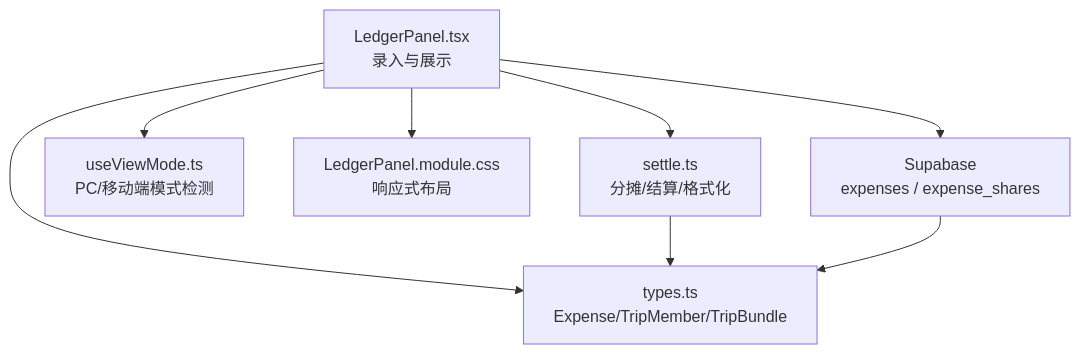
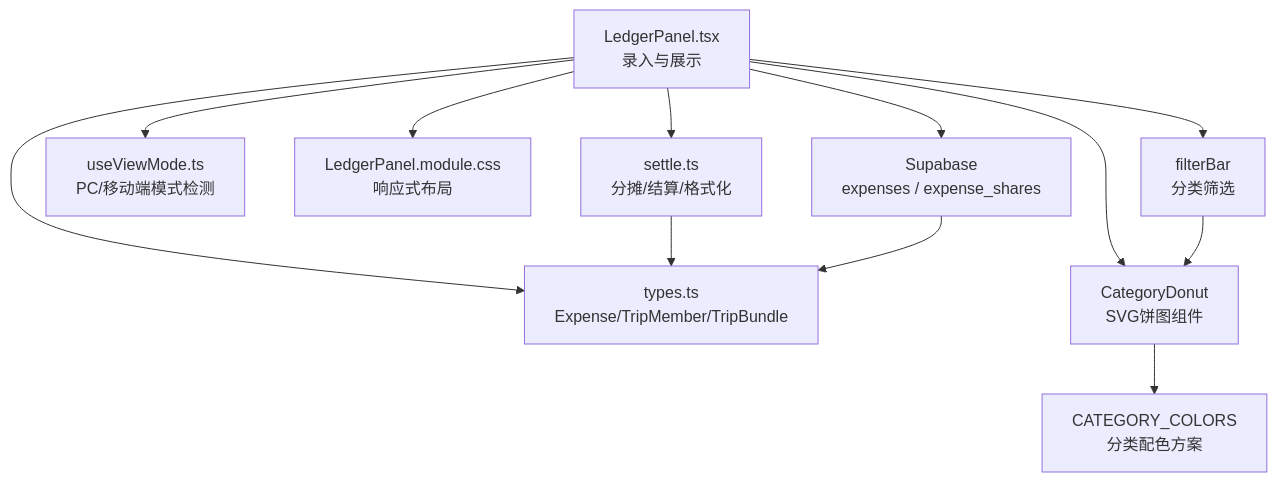
Before and after one commit to huangyilu/wanwuyishi: the first of 9 diagrams in .qoder/repowiki/zh/content/核心功能模块/费用管理模块.md, drawn with Mermaid. The commit also changed other lines of this file and 108 other files, not shown here.

````diff
--- a/.qoder/repowiki/zh/content/核心功能模块/费用管理模块.md
+++ b/.qoder/repowiki/zh/content/核心功能模块/费用管理模块.md
@@ -54,10 +59,14 @@
 ```mermaid
 graph TB
 UI["LedgerPanel.tsx<br/>录入与展示"] --> Domain["settle.ts<br/>分摊/结算/格式化"]
 UI --> Types["types.ts<br/>Expense/TripMember/TripBundle"]
 UI --> ViewMode["useViewMode.ts<br/>PC/移动端模式检测"]
 UI --> Styles["LedgerPanel.module.css<br/>响应式布局"]
+UI --> Chart["CategoryDonut<br/>SVG饼图组件"]
+UI --> Filter["filterBar<br/>分类筛选"]
 UI --> DB["Supabase<br/>expenses / expense_shares"]
 Domain --> Types
 DB --> Types
+Chart --> Colors["CATEGORY_COLORS<br/>分类配色方案"]
+Filter --> Chart
 ```
````
